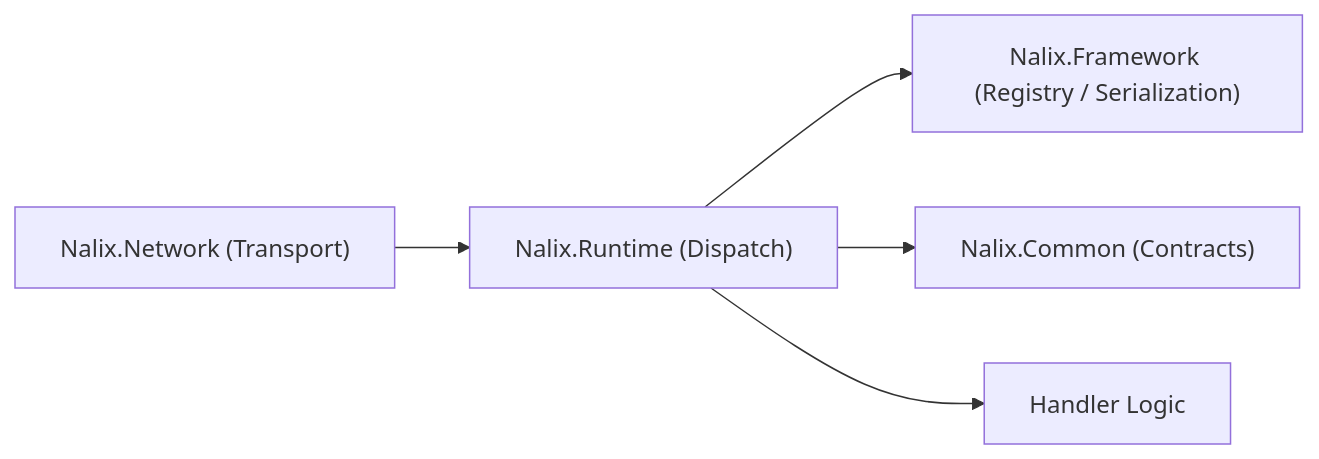
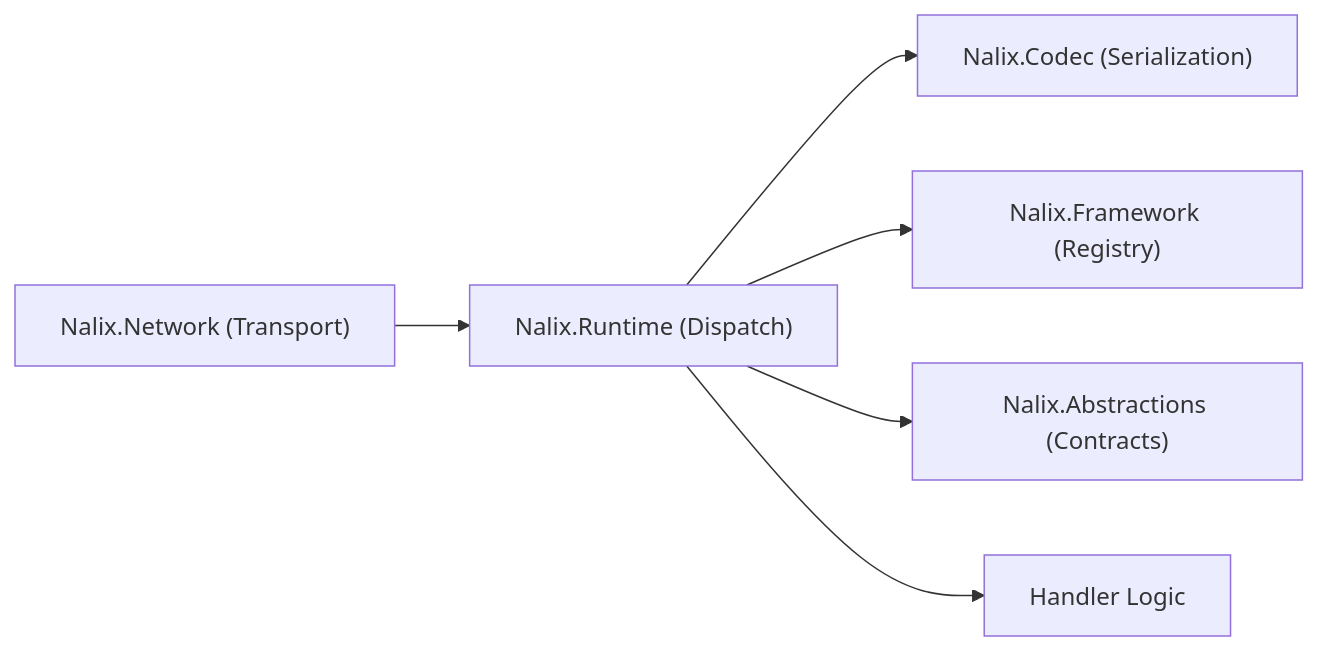
The diagram in docs/packages/nalix-runtime.md (ppn-systems/Nalix), drawn with Mermaid before and after one commit. The commit also changed other lines of this file and 1038 other files, not shown here.

````diff
--- a/docs/packages/nalix-runtime.md
+++ b/docs/packages/nalix-runtime.md
@@ -13,7 +13,8 @@
 ```mermaid
 flowchart LR
     A["Nalix.Network (Transport)"] --> B["Nalix.Runtime (Dispatch)"]
-    B --> C["Nalix.Framework (Registry / Serialization)"]
-    B --> D["Nalix.Common (Contracts)"]
-    B --> E["Handler Logic"]
+    B --> C["Nalix.Codec (Serialization)"]
+    B --> D["Nalix.Framework (Registry)"]
+    B --> E["Nalix.Abstractions (Contracts)"]
+    B --> F["Handler Logic"]
 ```
````
